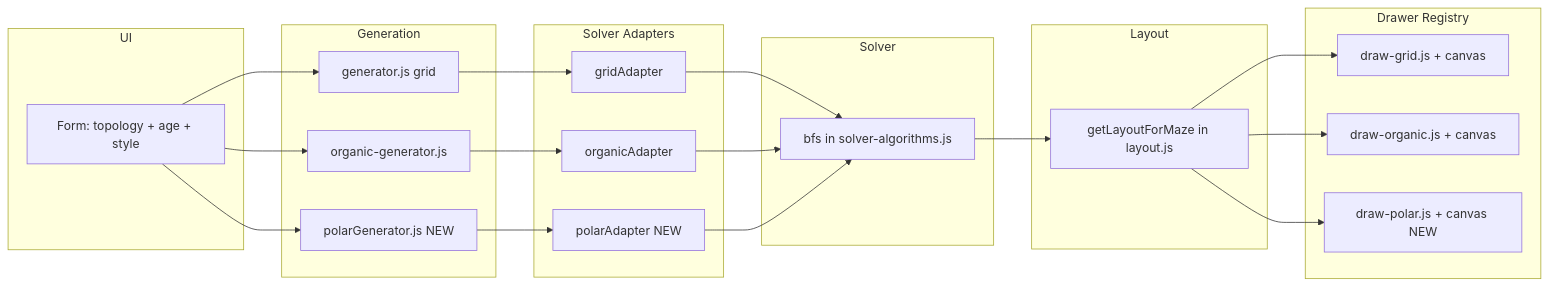
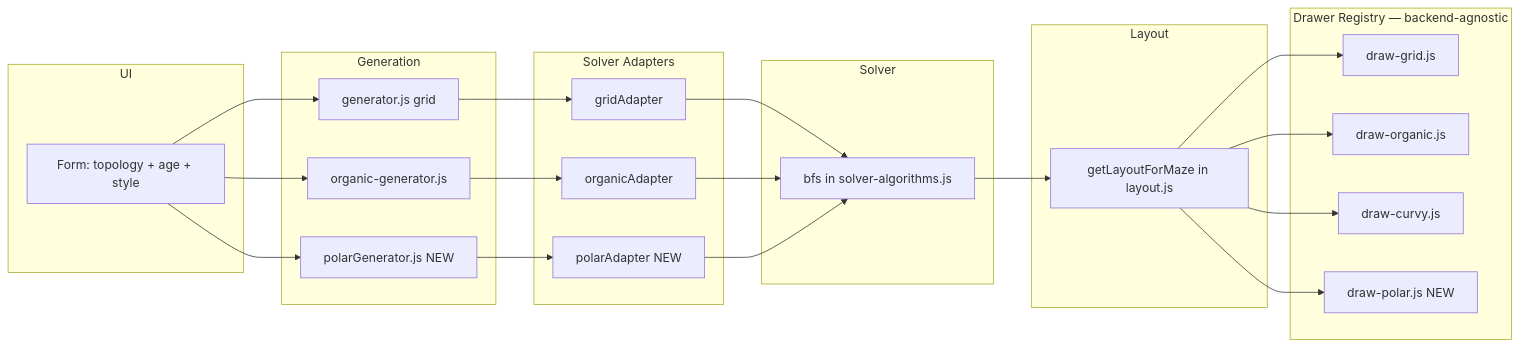
The diagram in .cursor/plans/circular_mazes_implementation_f1dda3a0.plan.md (makernik/MazeMaker), drawn with Mermaid before and after one commit. The commit also changed other lines of this file, not shown here.

Commit message:
update polar maze plan with the canvas drawer refactor.  Changes to be committed: 	modified:   .cursor/plans/circular_mazes_implementation_f1dda3a0.plan.md

````diff
--- a/.cursor/plans/circular_mazes_implementation_f1dda3a0.plan.md
+++ b/.cursor/plans/circular_mazes_implementation_f1dda3a0.plan.md
@@ -45,40 +45,42 @@
 ```mermaid
 flowchart LR
   subgraph ui [UI]
     Form["Form: topology + age + style"]
   end
   subgraph gen [Generation]
     GenGrid[generator.js grid]
     GenOrganic[organic-generator.js]
     GenPolar[polarGenerator.js NEW]
   end
   subgraph adapters [Solver Adapters]
     AdapterGrid[gridAdapter]
     AdapterOrganic[organicAdapter]
     AdapterPolar[polarAdapter NEW]
   end
   subgraph solver [Solver]
     BFS["bfs in solver-algorithms.js"]
   end
   subgraph layout [Layout]
     LayoutFn["getLayoutForMaze in layout.js"]
   end
-  subgraph drawers [Drawer Registry]
-    DrawGrid[draw-grid.js + canvas]
-    DrawOrganic[draw-organic.js + canvas]
-    DrawPolar[draw-polar.js + canvas NEW]
+  subgraph drawers [Drawer Registry — backend-agnostic]
+    DrawGrid[draw-grid.js]
+    DrawJagged[draw-organic.js]
+    DrawCurvy[draw-curvy.js]
+    DrawPolar[draw-polar.js NEW]
   end
   Form --> GenGrid
   Form --> GenOrganic
   Form --> GenPolar
   GenGrid --> AdapterGrid
   GenOrganic --> AdapterOrganic
   GenPolar --> AdapterPolar
   AdapterGrid --> BFS
   AdapterOrganic --> BFS
   AdapterPolar --> BFS
   BFS --> LayoutFn
   LayoutFn --> DrawGrid
-  LayoutFn --> DrawOrganic
+  LayoutFn --> DrawJagged
+  LayoutFn --> DrawCurvy
   LayoutFn --> DrawPolar
 ```
````
